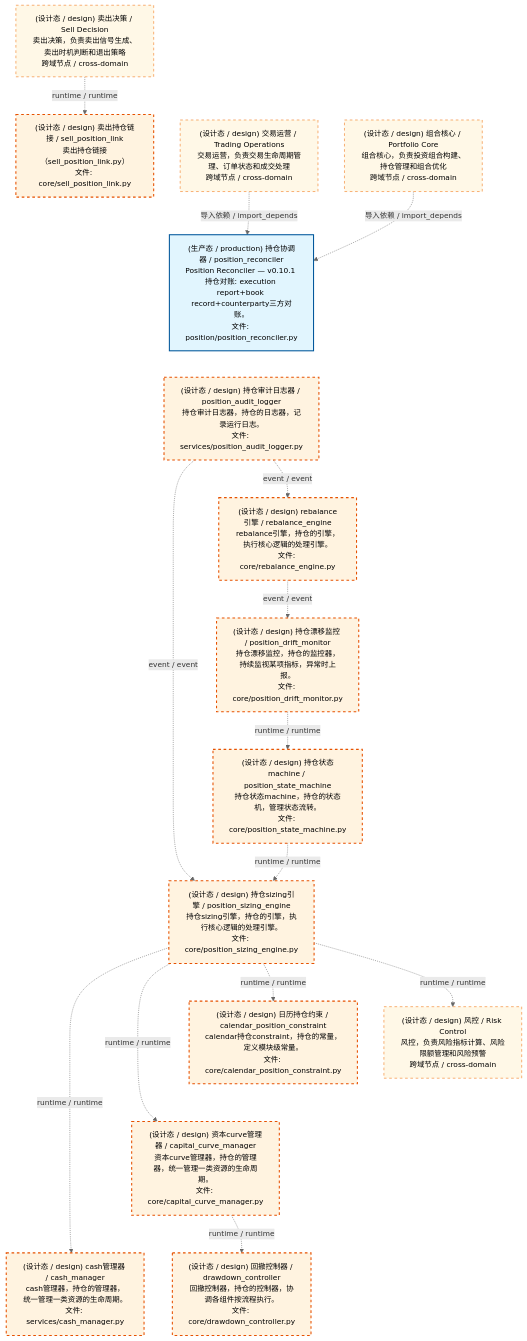
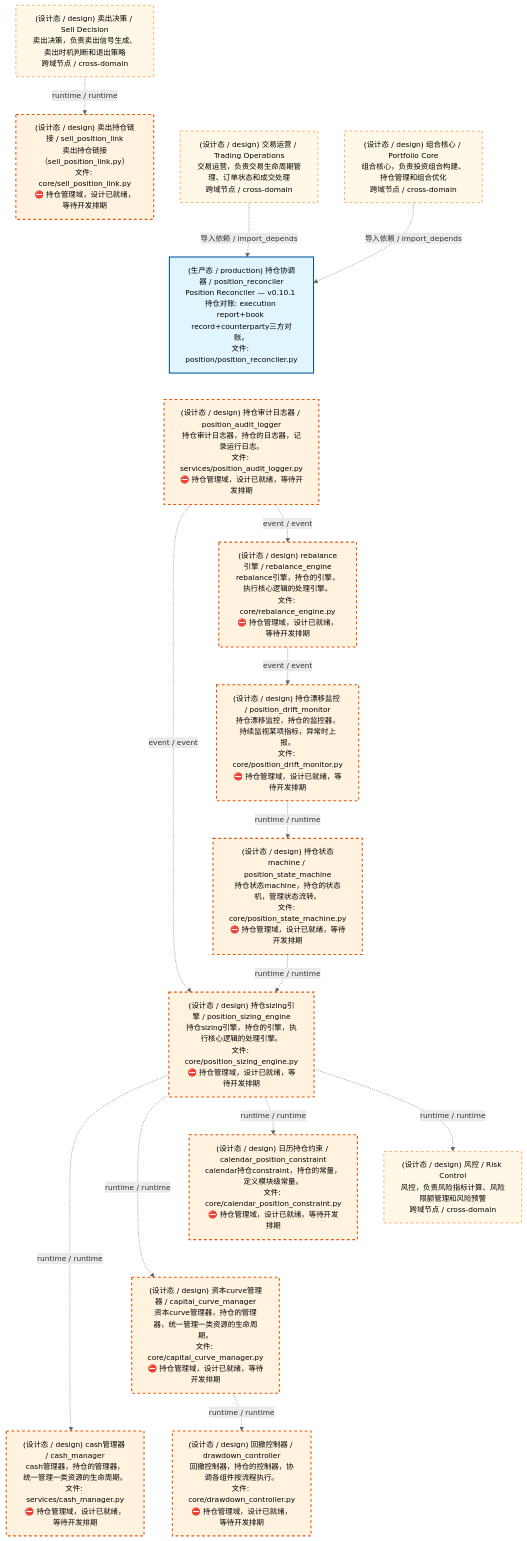
Before and after one commit to xuanFelixVan/ZephyrAlpha: the first of 4 diagrams in docs/02_enterprise_architecture/02_domain_architecture_docs/64_d_position.md, drawn with Mermaid. The commit also changed other lines of this file and 50 other files, not shown here.

````diff
--- a/docs/02_enterprise_architecture/02_domain_architecture_docs/64_d_position.md
+++ b/docs/02_enterprise_architecture/02_domain_architecture_docs/64_d_position.md
@@ -53,43 +53,43 @@
 ```mermaid
 %%{init: {'theme': 'base', 'themeVariables': {'primaryColor': '#eaeaea', 'primaryTextColor': '#333333', 'primaryBorderColor': '#666666', 'lineColor': '#666666', 'secondaryColor': '#eaeaea', 'tertiaryColor': '#eaeaea', 'fontSize': '14px'}}}%%
 flowchart TD
-    src_zephyr_position_core_sell_position_link_py["(设计态 / design) 卖出持仓链接 / sell_position_link<br/>卖出持仓链接（sell_position_link.py）<br/>文件: core/sell_position_link.py"]
+    src_zephyr_position_core_sell_position_link_py["(设计态 / design) 卖出持仓链接 / sell_position_link<br/>卖出持仓链接（sell_position_link.py）<br/>文件: core/sell_position_link.py<br/>⛔ 持仓管理域，设计已就绪，等待开发排期"]
     src_zephyr_position_position_reconciler_py["(生产态 / production) 持仓协调器 / position_reconciler<br/>Position Reconciler — v0.10.1 持仓对账: execution report+book record+counterparty三方对账。<br/>文件: position/position_reconciler.py"]
-    src_zephyr_position_services_position_audit_logger_py["(设计态 / design) 持仓审计日志器 / position_audit_logger<br/>持仓审计日志器，持仓的日志器，记录运行日志。<br/>文件: services/position_audit_logger.py"]
+    src_zephyr_position_services_position_audit_logger_py["(设计态 / design) 持仓审计日志器 / position_audit_logger<br/>持仓审计日志器，持仓的日志器，记录运行日志。<br/>文件: services/position_audit_logger.py<br/>⛔ 持仓管理域，设计已就绪，等待开发排期"]
     src_zephyr_position_core_sell_position_link_py ~~~ src_zephyr_position_position_reconciler_py
     src_zephyr_position_position_reconciler_py ~~~ src_zephyr_position_services_position_audit_logger_py
-    src_zephyr_position_core_rebalance_engine_py["(设计态 / design) rebalance引擎 / rebalance_engine<br/>rebalance引擎，持仓的引擎，执行核心逻辑的处理引擎。<br/>文件: core/rebalance_engine.py"]
-    src_zephyr_position_core_position_drift_monitor_py["(设计态 / design) 持仓漂移监控 / position_drift_monitor<br/>持仓漂移监控，持仓的监控器，持续监视某项指标，异常时上报。<br/>文件: core/position_drift_monitor.py"]
-    src_zephyr_position_core_position_state_machine_py["(设计态 / design) 持仓状态machine / position_state_machine<br/>持仓状态machine，持仓的状态机，管理状态流转。<br/>文件: core/position_state_machine.py"]
-    src_zephyr_position_core_position_sizing_engine_py["(设计态 / design) 持仓sizing引擎 / position_sizing_engine<br/>持仓sizing引擎，持仓的引擎，执行核心逻辑的处理引擎。<br/>文件: core/position_sizing_engine.py"]
-    src_zephyr_position_core_calendar_position_constraint_py["(设计态 / design) 日历持仓约束 / calendar_position_constraint<br/>calendar持仓constraint，持仓的常量，定义模块级常量。<br/>文件: core/calendar_position_constraint.py"]
-    src_zephyr_position_core_capital_curve_manager_py["(设计态 / design) 资本curve管理器 / capital_curve_manager<br/>资本curve管理器，持仓的管理器，统一管理一类资源的生命周期。<br/>文件: core/capital_curve_manager.py"]
-    src_zephyr_position_services_cash_manager_py["(设计态 / design) cash管理器 / cash_manager<br/>cash管理器，持仓的管理器，统一管理一类资源的生命周期。<br/>文件: services/cash_manager.py"]
+    src_zephyr_position_core_rebalance_engine_py["(设计态 / design) rebalance引擎 / rebalance_engine<br/>rebalance引擎，持仓的引擎，执行核心逻辑的处理引擎。<br/>文件: core/rebalance_engine.py<br/>⛔ 持仓管理域，设计已就绪，等待开发排期"]
+    src_zephyr_position_core_position_drift_monitor_py["(设计态 / design) 持仓漂移监控 / position_drift_monitor<br/>持仓漂移监控，持仓的监控器，持续监视某项指标，异常时上报。<br/>文件: core/position_drift_monitor.py<br/>⛔ 持仓管理域，设计已就绪，等待开发排期"]
+    src_zephyr_position_core_position_state_machine_py["(设计态 / design) 持仓状态machine / position_state_machine<br/>持仓状态machine，持仓的状态机，管理状态流转。<br/>文件: core/position_state_machine.py<br/>⛔ 持仓管理域，设计已就绪，等待开发排期"]
+    src_zephyr_position_core_position_sizing_engine_py["(设计态 / design) 持仓sizing引擎 / position_sizing_engine<br/>持仓sizing引擎，持仓的引擎，执行核心逻辑的处理引擎。<br/>文件: core/position_sizing_engine.py<br/>⛔ 持仓管理域，设计已就绪，等待开发排期"]
+    src_zephyr_position_core_calendar_position_constraint_py["(设计态 / design) 日历持仓约束 / calendar_position_constraint<br/>calendar持仓constraint，持仓的常量，定义模块级常量。<br/>文件: core/calendar_position_constraint.py<br/>⛔ 持仓管理域，设计已就绪，等待开发排期"]
+    src_zephyr_position_core_capital_curve_manager_py["(设计态 / design) 资本curve管理器 / capital_curve_manager<br/>资本curve管理器，持仓的管理器，统一管理一类资源的生命周期。<br/>文件: core/capital_curve_manager.py<br/>⛔ 持仓管理域，设计已就绪，等待开发排期"]
+    src_zephyr_position_services_cash_manager_py["(设计态 / design) cash管理器 / cash_manager<br/>cash管理器，持仓的管理器，统一管理一类资源的生命周期。<br/>文件: services/cash_manager.py<br/>⛔ 持仓管理域，设计已就绪，等待开发排期"]
     src_zephyr_position_core_calendar_position_constraint_py ~~~ src_zephyr_position_core_capital_curve_manager_py
     src_zephyr_position_core_capital_curve_manager_py ~~~ src_zephyr_position_services_cash_manager_py
-    src_zephyr_position_core_drawdown_controller_py["(设计态 / design) 回撤控制器 / drawdown_controller<br/>回撤控制器，持仓的控制器，协调各组件按流程执行。<br/>文件: core/drawdown_controller.py"]
+    src_zephyr_position_core_drawdown_controller_py["(设计态 / design) 回撤控制器 / drawdown_controller<br/>回撤控制器，持仓的控制器，协调各组件按流程执行。<br/>文件: core/drawdown_controller.py<br/>⛔ 持仓管理域，设计已就绪，等待开发排期"]
     src_zephyr_position_core_position_sizing_engine_py -.->|runtime / runtime| src_zephyr_position_services_cash_manager_py
     src_zephyr_position_core_position_sizing_engine_py -.->|runtime / runtime| src_zephyr_position_core_capital_curve_manager_py
     src_zephyr_position_core_position_sizing_engine_py -.->|runtime / runtime| src_zephyr_position_core_calendar_position_constraint_py
     src_zephyr_position_core_position_state_machine_py -.->|runtime / runtime| src_zephyr_position_core_position_sizing_engine_py
     src_zephyr_position_core_position_drift_monitor_py -.->|runtime / runtime| src_zephyr_position_core_position_state_machine_py
     src_zephyr_position_core_rebalance_engine_py -.->|event / event| src_zephyr_position_core_position_drift_monitor_py
     src_zephyr_position_core_capital_curve_manager_py -.->|runtime / runtime| src_zephyr_position_core_drawdown_controller_py
     src_zephyr_position_services_position_audit_logger_py -.->|event / event| src_zephyr_position_core_position_sizing_engine_py
     src_zephyr_position_services_position_audit_logger_py -.->|event / event| src_zephyr_position_core_rebalance_engine_py
     D_RISK["(设计态 / design) 风控 / Risk Control<br/>风控，负责风险指标计算、风险限额管理和风险预警<br/>跨域节点 / cross-domain"]
     src_zephyr_position_core_position_sizing_engine_py -.->|runtime / runtime| D_RISK
     D_TRADING["(设计态 / design) 交易运营 / Trading Operations<br/>交易运营，负责交易生命周期管理、订单状态和成交处理<br/>跨域节点 / cross-domain"]
     D_TRADING -.->|导入依赖 / import_depends| src_zephyr_position_position_reconciler_py
     D_PF_CORE["(设计态 / design) 组合核心 / Portfolio Core<br/>组合核心，负责投资组合构建、持仓管理和组合优化<br/>跨域节点 / cross-domain"]
     D_PF_CORE -.->|导入依赖 / import_depends| src_zephyr_position_position_reconciler_py
     D_SELL_DECISION["(设计态 / design) 卖出决策 / Sell Decision<br/>卖出决策，负责卖出信号生成、卖出时机判断和退出策略<br/>跨域节点 / cross-domain"]
     D_SELL_DECISION -.->|runtime / runtime| src_zephyr_position_core_sell_position_link_py
     classDef production fill:#e1f5fe,stroke:#01579b,stroke-width:2px,color:#000
     classDef design fill:#fff3e0,stroke:#e65100,stroke-width:2px,color:#000,stroke-dasharray: 5 5
     classDef external_prod fill:#e8f4fd,stroke:#0277bd,stroke-width:1px,color:#000
     classDef external_design fill:#fff8e7,stroke:#ef6c00,stroke-width:1px,color:#000,stroke-dasharray: 5 5
     class src_zephyr_position_position_reconciler_py production
     class src_zephyr_position_core_calendar_position_constraint_py,src_zephyr_position_core_capital_curve_manager_py,src_zephyr_position_core_drawdown_controller_py,src_zephyr_position_core_position_drift_monitor_py,src_zephyr_position_core_position_sizing_engine_py,src_zephyr_position_core_position_state_machine_py,src_zephyr_position_core_rebalance_engine_py,src_zephyr_position_core_sell_position_link_py,src_zephyr_position_services_cash_manager_py,src_zephyr_position_services_position_audit_logger_py design
     class D_RISK,D_TRADING,D_PF_CORE,D_SELL_DECISION external_design
 ```
````
